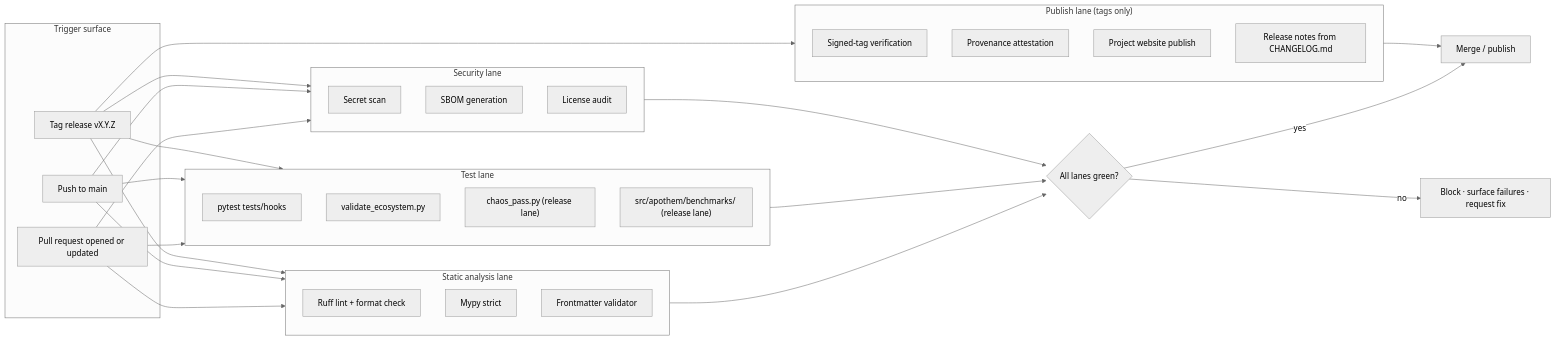
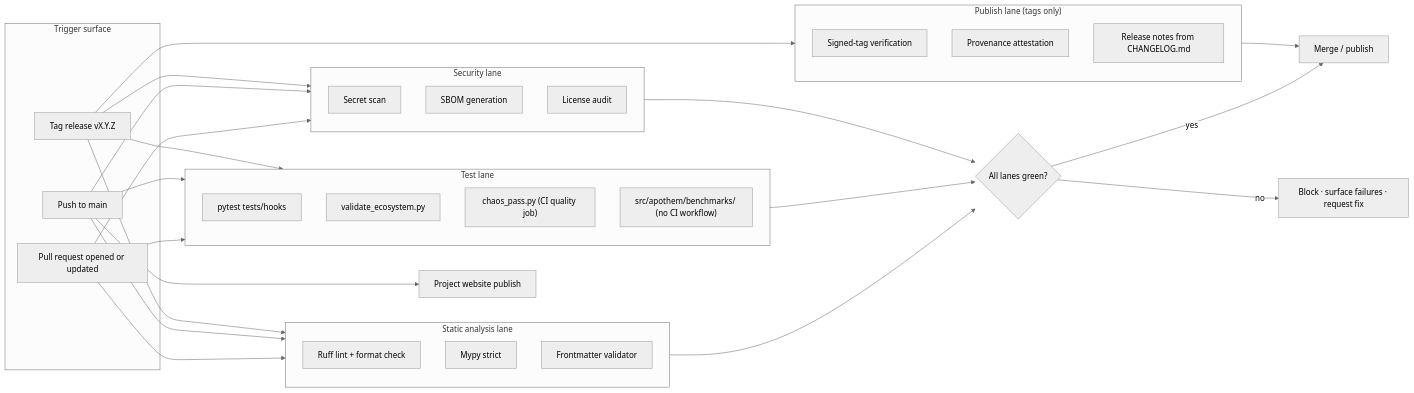
Before and after one commit to Ahmed-G-Gad/apothem: the diagram in site/content/docs/architecture/cicd-pipeline.mdx, drawn with Mermaid. The commit also changed other lines of this file and 44 other files, not shown here.

First line of the commit message:
docs: correct pipeline, architecture and runbook claims (#90)

````diff
--- a/site/content/docs/architecture/cicd-pipeline.mdx
+++ b/site/content/docs/architecture/cicd-pipeline.mdx
@@ -15,52 +15,53 @@
 ```mermaid
 %%{ init: { "theme": "neutral" } }%%
 %% verified: 2026-04-27 %%
 %% provenance: pyproject.toml + scripts/dev/validate_ecosystem.py + scripts/dev/validate_hooks.py %%
 %% cross-reference: site/content/docs/developer-guide.mdx (contributor workflow) %%
 flowchart LR
     accTitle: CI/CD pipeline shape
     accDescr: Left-to-right flowchart of the apothem CI CD pipeline showing build, test, lint, type-check, security scan, docs build, package, sign, and publish stages with branch protection gates between them.
     subgraph Trigger["Trigger surface"]
         PR["Pull request opened or updated"]
         PUSH["Push to main"]
         TAG["Tag release vX.Y.Z"]
     end
     subgraph Static["Static analysis lane"]
         LINT["Ruff lint + format check"]
         TYPE["Mypy strict"]
         FRONT["Frontmatter validator"]
     end
     subgraph Test["Test lane"]
         PYTEST["pytest tests/hooks"]
         ECO["validate_ecosystem.py"]
-        CHAOS["chaos_pass.py (release lane)"]
-        BENCH["src/apothem/benchmarks/ (release lane)"]
+        CHAOS["chaos_pass.py (CI quality job)"]
+        BENCH["src/apothem/benchmarks/ (no CI workflow)"]
     end
     subgraph Security["Security lane"]
         SECRETS["Secret scan"]
         SBOM["SBOM generation"]
         LICENSE["License audit"]
     end
     subgraph Publish["Publish lane (tags only)"]
         SIGN["Signed-tag verification"]
         ATTEST["Provenance attestation"]
-        DOCS["Project website publish"]
         RELEASE["Release notes from CHANGELOG.md"]
     end
+    DOCS["Project website publish"]
     PR --> Static
     PR --> Test
     PR --> Security
     PUSH --> Static
     PUSH --> Test
     PUSH --> Security
+    PUSH --> DOCS
     TAG --> Static
     TAG --> Test
     TAG --> Security
     TAG --> Publish
     Static --> GATE{All lanes green?}
     Test --> GATE
     Security --> GATE
     GATE -->|yes| MERGE[Merge / publish]
     GATE -->|no| BLOCK[Block · surface failures · request fix]
     Publish --> MERGE
 ```
````
